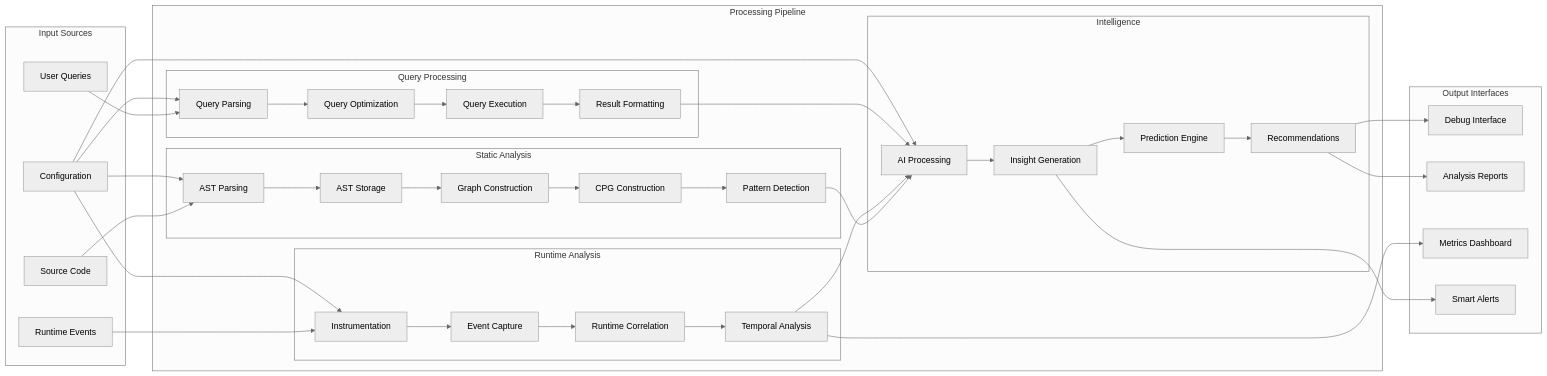
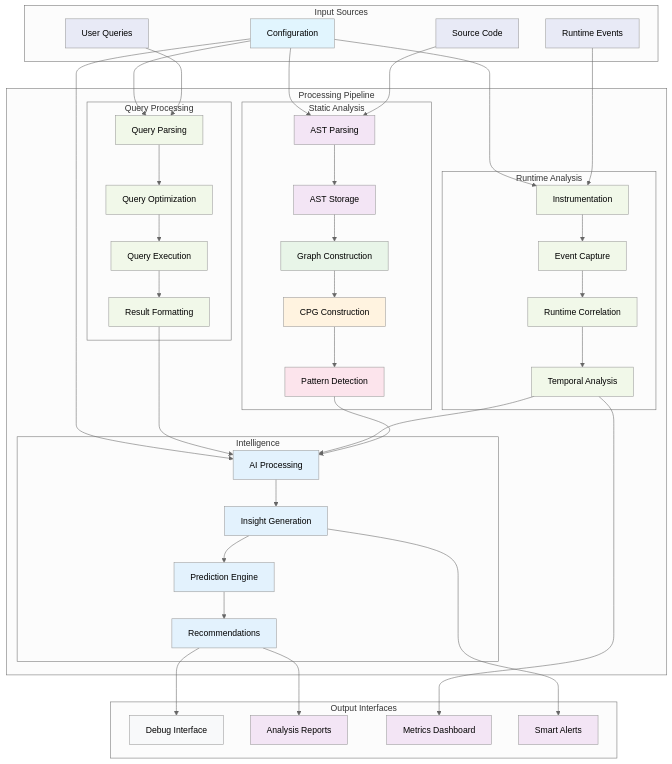
The second of 2 diagrams in DEV.md (nshkrdotcom/elixir_scope), drawn with Mermaid (neutral theme) before and after one commit. The commit also changed other lines of this file, not shown here.

````diff
--- a/DEV.md
+++ b/DEV.md
@@ -142,5 +142,5 @@
 ```mermaid
-flowchart LR
+flowchart TD
     subgraph "Input Sources"
         SOURCE[Source Code]
         RUNTIME_EVENTS[Runtime Events]
@@ -224,4 +224,27 @@
     CONFIG_DATA --> INSTRUMENT
     CONFIG_DATA --> QUERY_PARSE
     CONFIG_DATA --> AI_PROCESS
+    
+    classDef foundation fill:#e1f5fe,color:#000
+    classDef ast fill:#f3e5f5,color:#000
+    classDef graphg fill:#e8f5e8,color:#000
+    classDef cpg fill:#fff3e0,color:#000
+    classDef analysis fill:#fce4ec,color:#000
+    classDef runtime fill:#f1f8e9,color:#000
+    classDef intelligence fill:#e3f2fd,color:#000
+    classDef debugger fill:#f8f9fa,color:#000
+    classDef input fill:#e8eaf6,color:#000
+    classDef output fill:#f3e5f5,color:#000
+    
+    class CONFIG_DATA foundation
+    class SOURCE,RUNTIME_EVENTS,USER_QUERIES input
+    class PARSE,STORE ast
+    class GRAPH_BUILD graphg
+    class CPG_BUILD cpg
+    class PATTERN_DETECT analysis
+    class INSTRUMENT,EVENT_CAPTURE,CORRELATE,TEMPORAL runtime
+    class QUERY_PARSE,QUERY_OPT,QUERY_EXEC,RESULT_FORMAT runtime
+    class AI_PROCESS,INSIGHT_GEN,PREDICT,RECOMMEND intelligence
+    class DEBUG_UI debugger
+    class REPORTS,METRICS,ALERTS output
 ```
````
